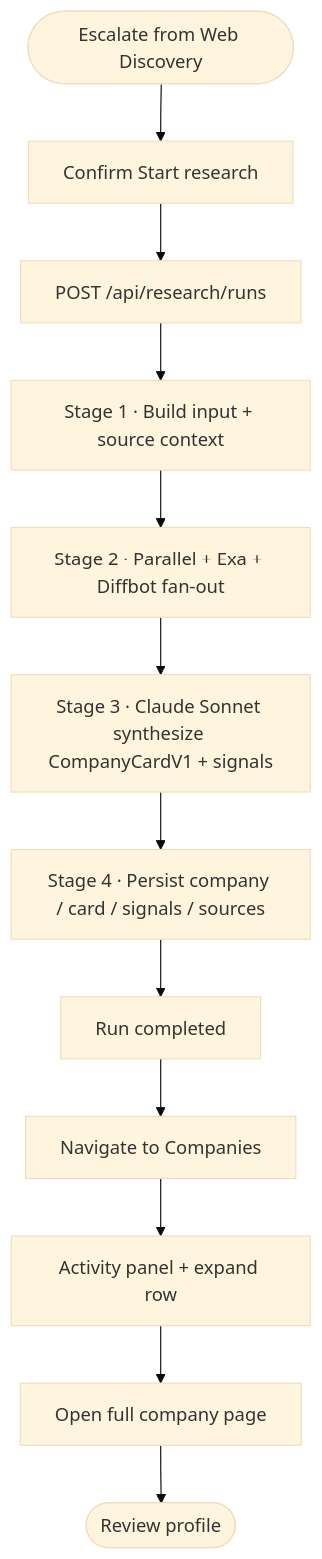
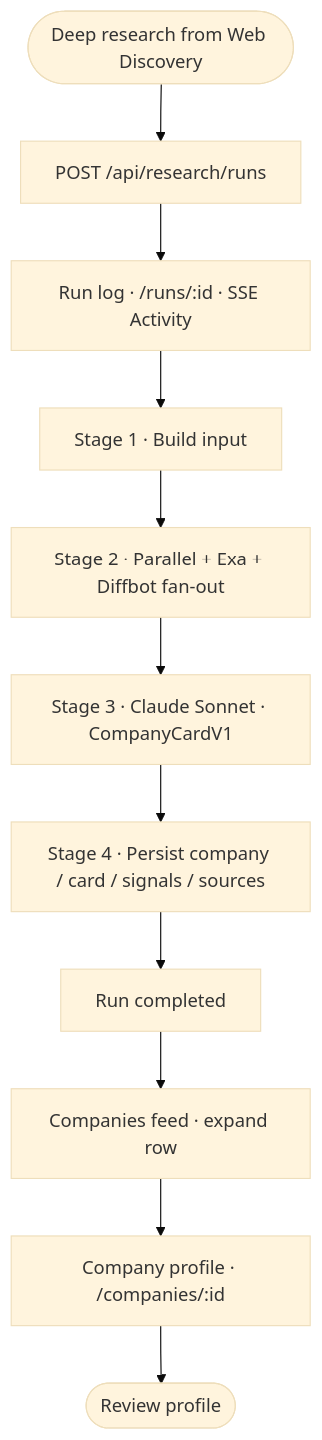
One commit to Growth-Maschine/NORAD-INTEL-ENGINE-V1 changed the second of 2 diagrams in docs/phase-1/P1-01-admin.md. Above: the diagram before and after it, drawn with Mermaid (base theme). The commit also changed other lines of this file and 12 other files, not shown here.

Commit message:
docs(phase-1): align P1-00 through P1-06 with current single-app build Update workflows, objects, fields, screens, and backend actions to match Web Discovery enrich, Deep research, and retired Today page features.

````diff
--- a/docs/phase-1/P1-01-admin.md
+++ b/docs/phase-1/P1-01-admin.md
@@ -437,15 +467,14 @@
 ```mermaid
 flowchart TD
-    START([Escalate from Web Discovery]) --> CONFIRM[Confirm Start research]
-    CONFIRM --> API[POST /api/research/runs]
-    API --> S1[Stage 1 · Build input + source context]
+    START([Deep research from Web Discovery]) --> API[POST /api/research/runs]
+    API --> RUNLOG[Run log · /runs/:id · SSE Activity]
+    RUNLOG --> S1[Stage 1 · Build input]
     S1 --> S2[Stage 2 · Parallel + Exa + Diffbot fan-out]
-    S2 --> S3[Stage 3 · Claude Sonnet synthesize CompanyCardV1 + signals]
+    S2 --> S3[Stage 3 · Claude Sonnet · CompanyCardV1]
     S3 --> S4[Stage 4 · Persist company / card / signals / sources]
     S4 --> DONE[Run completed]
 
-    DONE --> NAV[Navigate to Companies]
-    NAV --> MONITOR[Activity panel + expand row]
-    MONITOR --> DETAIL[Open full company page]
+    DONE --> COMP[Companies feed · expand row]
+    COMP --> DETAIL[Company profile · /companies/:id]
     DETAIL --> END([Review profile])
 ```
````
